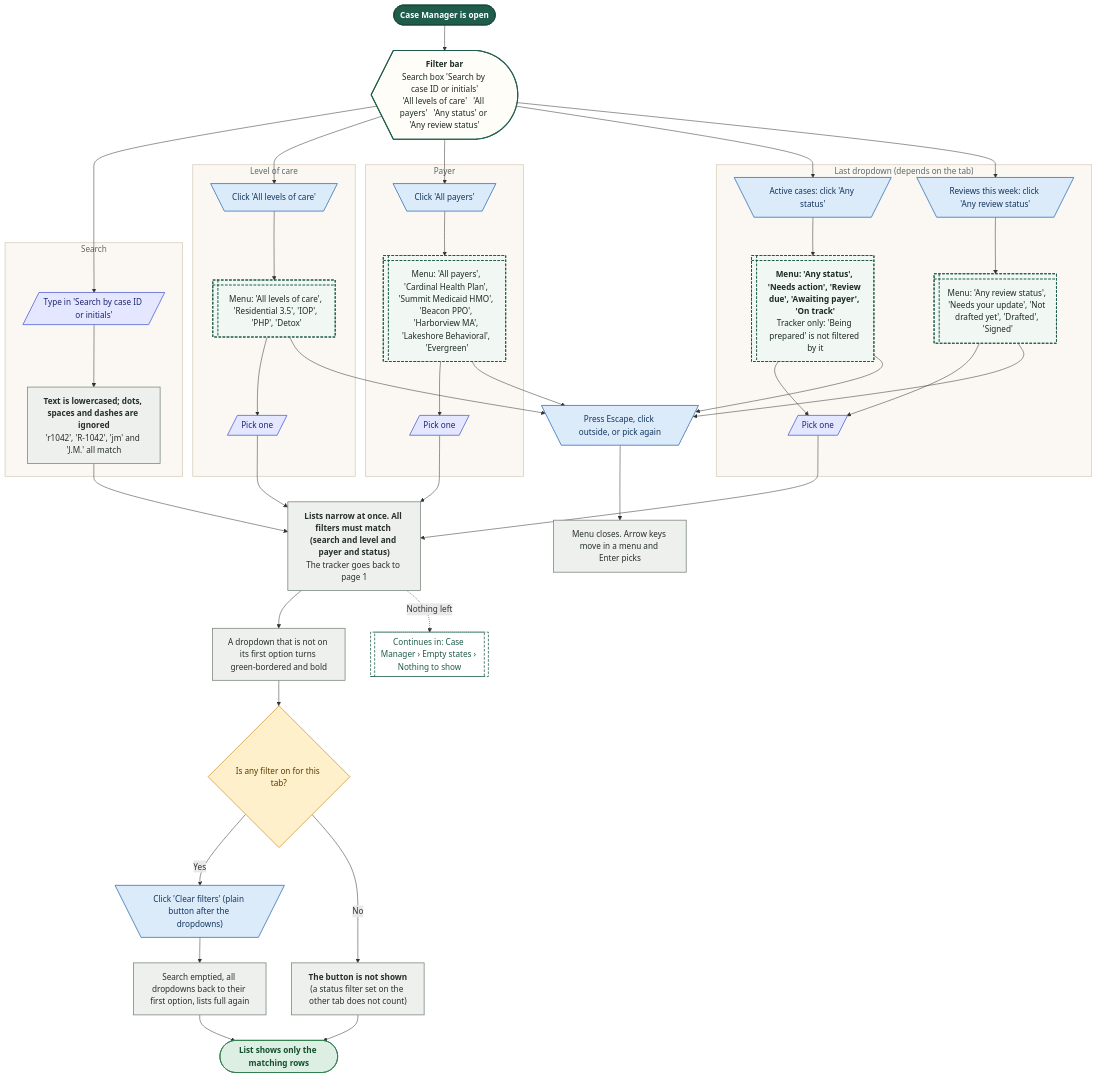
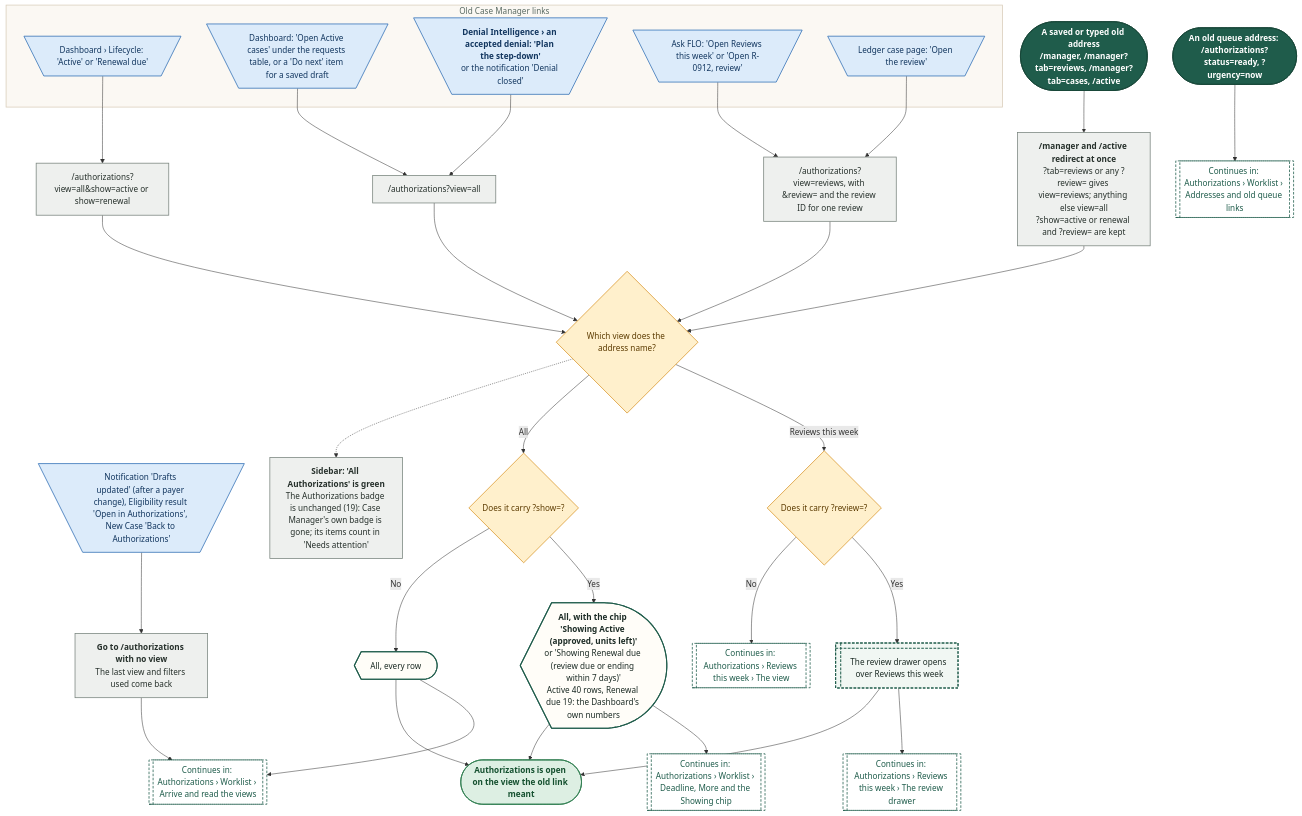
Before and after one commit to Shrav143/psyfloapp: the first of 20 diagrams in demos/prior-auth-demo/workflows/out/md/07-case-manager.md, drawn with Mermaid. The commit also changed other lines of this file and 113 other files, not shown here.

First line of the commit message:
docs: workflow diagrams for the merged Authorizations (worklist, approved, reviews and tracked cases, sidebar arrow), every link retargeted, 336 diagrams

````diff
--- a/demos/prior-auth-demo/workflows/out/md/07-case-manager.md
+++ b/demos/prior-auth-demo/workflows/out/md/07-case-manager.md
@@ -93,78 +15,77 @@
 ```mermaid
 %%{init: {"theme":"base","themeVariables":{"fontFamily":"'DM Sans', 'Segoe UI', system-ui, sans-serif","fontSize":"15px","lineColor":"#5B6B63","primaryTextColor":"#1C2B25","clusterBkg":"#FBF8F3","clusterBorder":"#D9CDBB","edgeLabelBackground":"#FFFFFF"},"flowchart":{"curve":"basis","nodeSpacing":36,"rankSpacing":48,"padding":12,"htmlLabels":true,"useMaxWidth":false,"wrappingWidth":230}} }%%
 flowchart TD
   classDef k_start fill:#1F5C4B,stroke:#174638,color:#FFFFFF,stroke-width:1.5px,font-weight:600
   classDef k_end fill:#DDEFE3,stroke:#2E7D4F,color:#14502F,stroke-width:1.5px,font-weight:600
   classDef k_endx fill:#FBE3E0,stroke:#C0392B,color:#7A1F16,stroke-width:1.5px,font-weight:600
   classDef k_screen fill:#FFFDF8,stroke:#1F5C4B,color:#1C2B25,stroke-width:2px
   classDef k_overlay fill:#F1F7F3,stroke:#1F5C4B,color:#1C2B25,stroke-width:2px,stroke-dasharray:5 3
   classDef k_click fill:#DCEBFA,stroke:#2F6DB5,color:#12365F,stroke-width:1.5px
   classDef k_input fill:#E4E7FF,stroke:#4C5FD5,color:#1D2670,stroke-width:1.5px
   classDef k_process fill:#EEF0EE,stroke:#7A857F,color:#26302B,stroke-width:1.5px
   classDef k_agent fill:#EEE5FA,stroke:#7A4FC2,color:#341A63,stroke-width:1.5px
   classDef k_decision fill:#FFF0CC,stroke:#D9962B,color:#5C3B00,stroke-width:1.5px
   classDef k_store fill:#D5F0EA,stroke:#1C8E7B,color:#0B4A3F,stroke-width:1.5px
   classDef k_doc fill:#F6E9DC,stroke:#B07A4C,color:#4A2E14,stroke-width:1.5px
   classDef k_ext fill:#FFE6D2,stroke:#E07B39,color:#6B2F06,stroke-width:1.5px
   classDef k_wait fill:#E4E8EE,stroke:#6B7C93,color:#26303D,stroke-width:1.5px
   classDef k_toast fill:#FFF9DB,stroke:#C9A400,color:#5A4A00,stroke-width:1.5px
   classDef k_goto fill:#FFFFFF,stroke:#1F5C4B,color:#1F5C4B,stroke-width:1.5px,stroke-dasharray:5 3
-  s1@{ shape: stadium, label: "Case Manager is open" }
-  sb@{ shape: curv-trap, label: "<b>Filter bar</b><br/>Search box 'Search by case ID or initials'<br/>'All levels of care'   'All payers'   'Any status' or 'Any review status'" }
-  subgraph gSearch ["Search"]
-  i1@{ shape: lean-r, label: "Type in 'Search by case ID or initials'" }
-  p1@{ shape: rect, label: "<b>Text is lowercased; dots, spaces and dashes are ignored</b><br/>'r1042', 'R-1042', 'jm' and 'J.M.' all match" }
+  s1@{ shape: stadium, label: "<b>A saved or typed old address</b><br/>/manager, /manager?tab=reviews, /manager?tab=cases, /active" }
+  s0@{ shape: stadium, label: "An old queue address: /authorizations?status=ready, ?urgency=now" }
+  gQ@{ shape: subproc, label: "Continues in: Authorizations › Worklist › Addresses and old queue links" }
+  subgraph gIn ["Old Case Manager links"]
+  c1@{ shape: trap-t, label: "Dashboard › Lifecycle: 'Active' or 'Renewal due'" }
+  c2@{ shape: trap-t, label: "Dashboard: 'Open Active cases' under the requests table, or a 'Do next' item for a saved draft" }
+  c3@{ shape: trap-t, label: "<b>Denial Intelligence › an accepted denial: 'Plan the step-down'</b><br/>or the notification 'Denial closed'" }
+  c4@{ shape: trap-t, label: "Ask FLO: 'Open Reviews this week' or 'Open R-0912, review'" }
+  c5@{ shape: trap-t, label: "Ledger case page: 'Open the review'" }
   end
-  subgraph gLevel ["Level of care"]
-  c2@{ shape: trap-t, label: "Click 'All levels of care'" }
-  o2@{ shape: win-pane, label: "Menu: 'All levels of care', 'Residential 3.5', 'IOP', 'PHP', 'Detox'" }
-  i2@{ shape: lean-r, label: "Pick one" }
-  end
-  subgraph gPayer ["Payer"]
-  c3@{ shape: trap-t, label: "Click 'All payers'" }
-  o3@{ shape: win-pane, label: "Menu: 'All payers', 'Cardinal Health Plan', 'Summit Medicaid HMO', 'Beacon PPO', 'Harborview MA', 'Lakeshore Behavioral', 'Evergreen'" }
-  i3@{ shape: lean-r, label: "Pick one" }
-  end
-  subgraph gStatus ["Last dropdown (depends on the tab)"]
-  c4@{ shape: trap-t, label: "Active cases: click 'Any status'" }
-  o4@{ shape: win-pane, label: "<b>Menu: 'Any status', 'Needs action', 'Review due', 'Awaiting payer', 'On track'</b><br/>Tracker only: 'Being prepared' is not filtered by it" }
-  c5@{ shape: trap-t, label: "Reviews this week: click 'Any review status'" }
-  o5@{ shape: win-pane, label: "Menu: 'Any review status', 'Needs your update', 'Not drafted yet', 'Drafted', 'Signed'" }
-  i4@{ shape: lean-r, label: "Pick one" }
-  end
-  p2@{ shape: rect, label: "<b>Lists narrow at once. All filters must match (search and level and payer and status)</b><br/>The tracker goes back to page 1" }
-  p3@{ shape: rect, label: "A dropdown that is not on its first option turns green-bordered and bold" }
-  d1@{ shape: diam, label: "Is any filter on for this tab?" }
-  c6@{ shape: trap-t, label: "Click 'Clear filters' (plain button after the dropdowns)" }
-  p4@{ shape: rect, label: "Search emptied, all dropdowns back to their first option, lists full again" }
-  p5@{ shape: rect, label: "<b>The button is not shown</b><br/>(a status filter set on the other tab does not count)" }
-  c7@{ shape: trap-t, label: "Press Escape, click outside, or pick again" }
-  p6@{ shape: rect, label: "Menu closes. Arrow keys move in a menu and Enter picks" }
-  g1@{ shape: subproc, label: "Continues in: Case Manager › Empty states › Nothing to show" }
-  e1@{ shape: stadium, label: "List shows only the matching rows" }
-  s1 --> sb
-  sb --> i1 --> p1 --> p2
-  sb --> c2 --> o2 --> i2 --> p2
-  sb --> c3 --> o3 --> i3 --> p2
-  sb --> c4 --> o4 --> i4
-  sb --> c5 --> o5 --> i4
-  i4 --> p2
-  o2 & o3 & o4 & o5 --> c7 --> p6
-  p2 --> p3 --> d1
-  d1 -->|"Yes"| c6 --> p4 --> e1
-  d1 -->|"No"| p5 --> e1
-  p2 -.->|"Nothing left"| g1
-  class s1 k_start
-  class sb k_screen
-  class i1,i2,i3,i4 k_input
-  class p1,p2,p3,p4,p5,p6 k_process
-  class c2,c3,c4,c5,c6,c7 k_click
-  class o2,o3,o4,o5 k_overlay
-  class d1 k_decision
-  class g1 k_goto
+  c6@{ shape: trap-t, label: "Notification 'Drafts updated' (after a payer change), Eligibility result 'Open in Authorizations', New Case 'Back to Authorizations'" }
+  r6@{ shape: rect, label: "<b>Go to /authorizations with no view</b><br/>The last view and filters used come back" }
+  r1@{ shape: rect, label: "/authorizations?view=all&show=active or show=renewal" }
+  r2@{ shape: rect, label: "/authorizations?view=all" }
+  r4@{ shape: rect, label: "/authorizations?view=reviews, with &review= and the review ID for one review" }
+  rd@{ shape: rect, label: "<b>/manager and /active redirect at once</b><br/>?tab=reviews or any ?review= gives view=reviews; anything else view=all<br/>?show=active or renewal and ?review= are kept" }
+  d1@{ shape: diam, label: "Which view does the address name?" }
+  d2@{ shape: diam, label: "Does it carry ?review=?" }
+  ov@{ shape: win-pane, label: "The review drawer opens over Reviews this week" }
+  gD@{ shape: subproc, label: "Continues in: Authorizations › Reviews this week › The review drawer" }
+  gR@{ shape: subproc, label: "Continues in: Authorizations › Reviews this week › The view" }
+  d3@{ shape: diam, label: "Does it carry ?show=?" }
+  sc@{ shape: curv-trap, label: "<b>All, with the chip 'Showing Active (approved, units left)'</b><br/>or 'Showing Renewal due (review due or ending within 7 days)'<br/>Active 40 rows, Renewal due 19: the Dashboard's own numbers" }
+  gS@{ shape: subproc, label: "Continues in: Authorizations › Worklist › Deadline, More and the Showing chip" }
+  al@{ shape: curv-trap, label: "All, every row" }
+  gA@{ shape: subproc, label: "Continues in: Authorizations › Worklist › Arrive and read the views" }
+  sb@{ shape: rect, label: "<b>Sidebar: 'All Authorizations' is green</b><br/>The Authorizations badge is unchanged (19): Case Manager's own badge is gone; its items count in 'Needs attention'" }
+  e1@{ shape: stadium, label: "Authorizations is open on the view the old link meant" }
+  s1 --> rd
+  s0 --> gQ
+  c1 --> r1
+  c2 --> r2
+  c3 --> r2
+  c4 --> r4
+  c5 --> r4
+  c6 --> r6 --> gA
+  r1 & r2 & r4 --> d1
+  rd --> d1
+  d1 -->|"Reviews this week"| d2
+  d2 -->|"Yes"| ov --> gD
+  d2 -->|"No"| gR
+  d1 -->|"All"| d3
+  d3 -->|"Yes"| sc --> gS
+  d3 -->|"No"| al --> gA
+  d1 -.-> sb
+  sc --> e1
+  al --> e1
+  ov --> e1
+  class s1,s0 k_start
+  class gQ,gD,gR,gS,gA k_goto
+  class c1,c2,c3,c4,c5,c6 k_click
+  class r6,r1,r2,r4,rd,sb k_process
+  class d1,d2,d3 k_decision
+  class ov k_overlay
+  class sc,al k_screen
   class e1 k_end
-  style gSearch fill:#FBF8F3,stroke:#D9CDBB,stroke-width:1.5px,color:#5B6B63
-  style gLevel fill:#FBF8F3,stroke:#D9CDBB,stroke-width:1.5px,color:#5B6B63
-  style gPayer fill:#FBF8F3,stroke:#D9CDBB,stroke-width:1.5px,color:#5B6B63
-  style gStatus fill:#FBF8F3,stroke:#D9CDBB,stroke-width:1.5px,color:#5B6B63
+  style gIn fill:#FBF8F3,stroke:#D9CDBB,stroke-width:1.5px,color:#5B6B63
 ```
````
